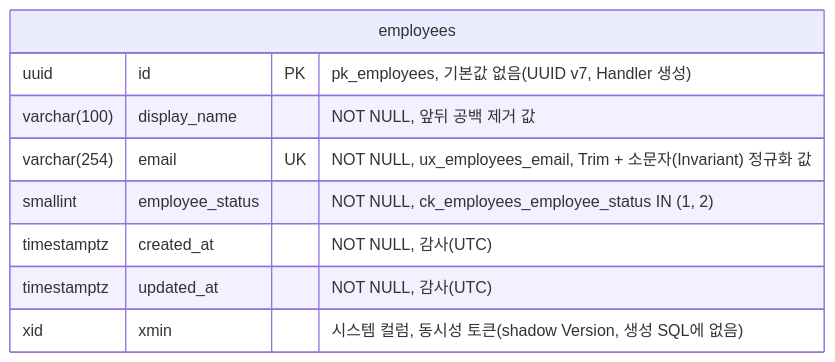
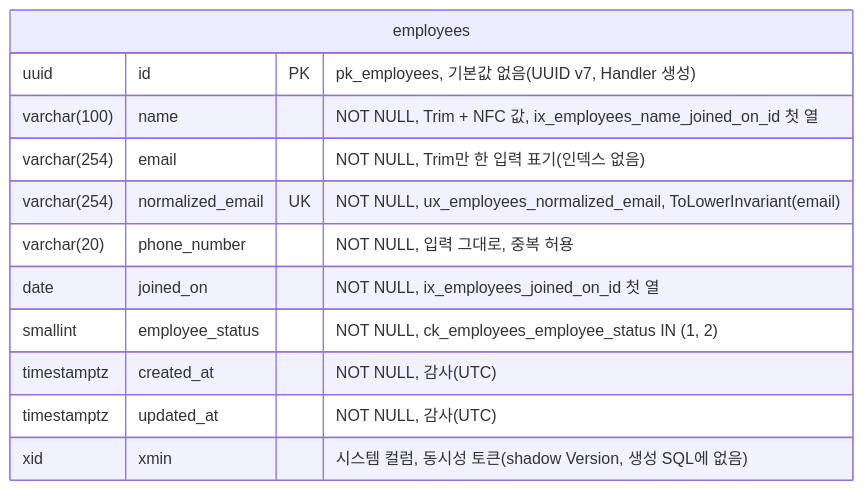
Before and after one commit to thkim-ezabele/task_20260926: the diagram in wiki/04-development/database.md, drawn with Mermaid. The commit also changed other lines of this file and 3 other files, not shown here.

````diff
--- a/wiki/04-development/database.md
+++ b/wiki/04-development/database.md
@@ -537,12 +530,15 @@
 ```mermaid
 erDiagram
     employees {
         uuid id PK "pk_employees, 기본값 없음(UUID v7, Handler 생성)"
-        varchar(100) display_name "NOT NULL, 앞뒤 공백 제거 값"
-        varchar(254) email UK "NOT NULL, ux_employees_email, Trim + 소문자(Invariant) 정규화 값"
+        varchar(100) name "NOT NULL, Trim + NFC 값, ix_employees_name_joined_on_id 첫 열"
+        varchar(254) email "NOT NULL, Trim만 한 입력 표기(인덱스 없음)"
+        varchar(254) normalized_email UK "NOT NULL, ux_employees_normalized_email, ToLowerInvariant(email)"
+        varchar(20) phone_number "NOT NULL, 입력 그대로, 중복 허용"
+        date joined_on "NOT NULL, ix_employees_joined_on_id 첫 열"
         smallint employee_status "NOT NULL, ck_employees_employee_status IN (1, 2)"
         timestamptz created_at "NOT NULL, 감사(UTC)"
         timestamptz updated_at "NOT NULL, 감사(UTC)"
         xid xmin "시스템 컬럼, 동시성 토큰(shadow Version, 생성 SQL에 없음)"
     }
 ```
````
